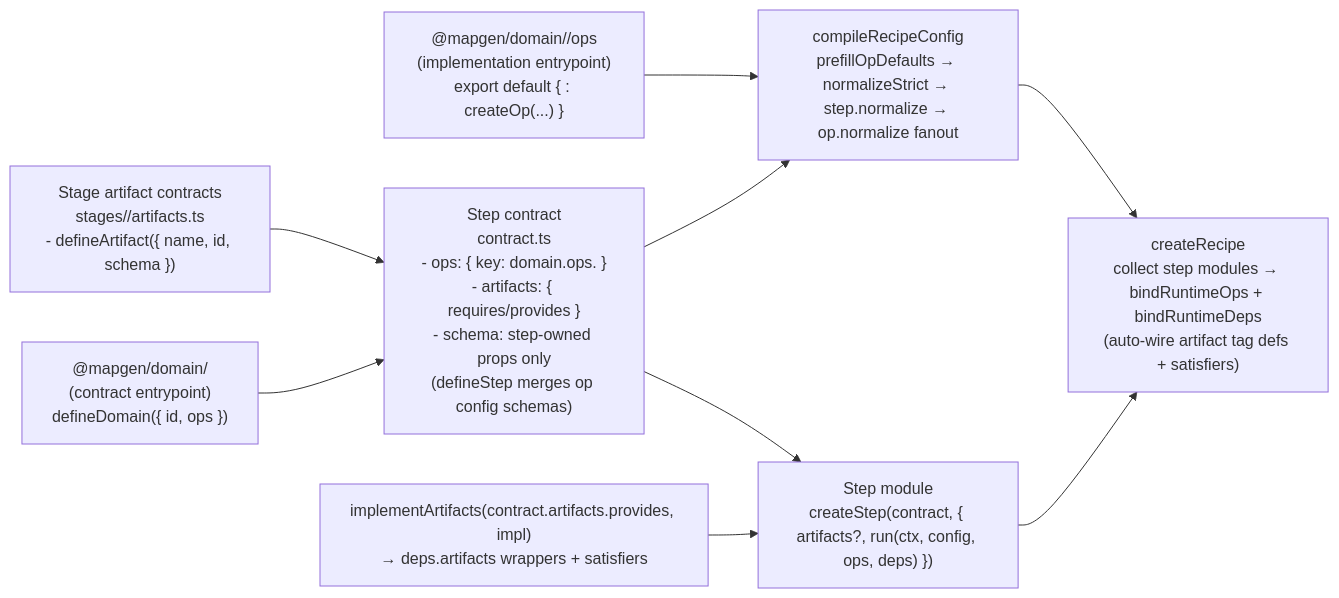
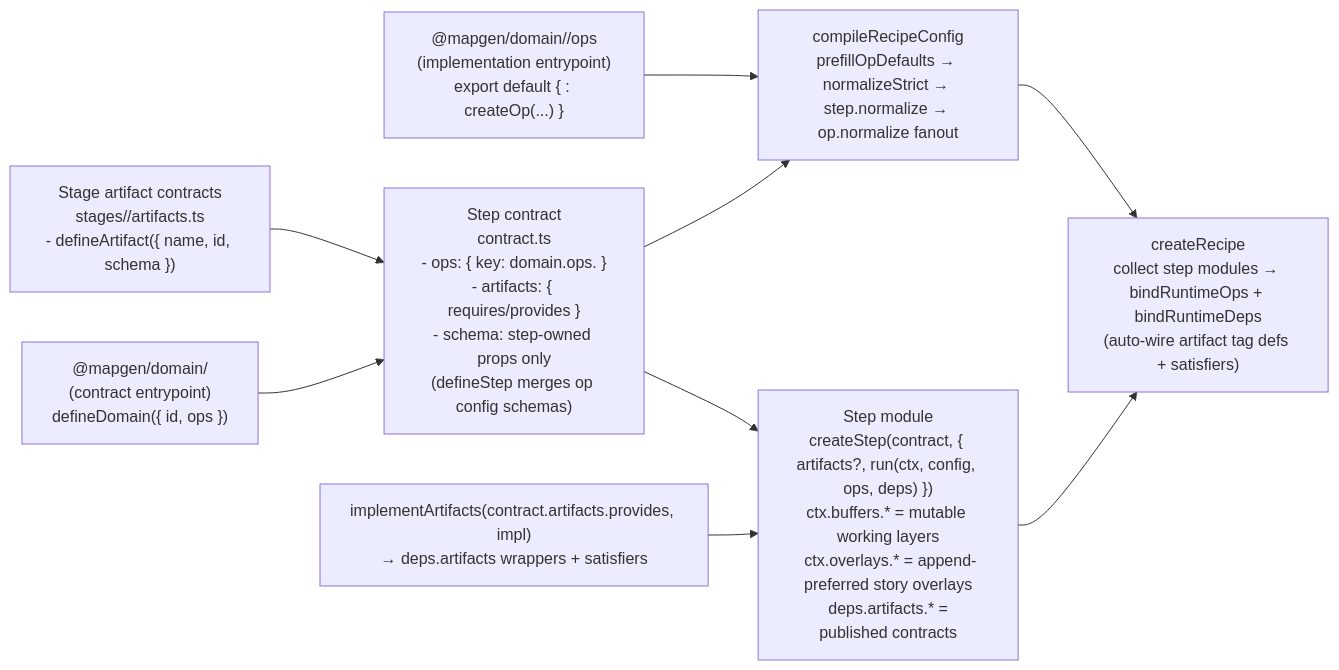
Before and after one commit to mateicanavra/civ7-modding-tools-fork: the diagram in docs/projects/engine-refactor-v1/resources/workflow/domain-refactor/WORKFLOW.md, drawn with Mermaid. The commit also changed other lines of this file and 8 other files, not shown here.

First line of the commit message:
docs(mapgen): define buffers vs artifacts (#541)

````diff
--- a/docs/projects/engine-refactor-v1/resources/workflow/domain-refactor/WORKFLOW.md
+++ b/docs/projects/engine-refactor-v1/resources/workflow/domain-refactor/WORKFLOW.md
@@ -426,20 +432,20 @@
 ```mermaid
 flowchart LR
   DomainContract["@mapgen/domain/<domain>\n(contract entrypoint)\ndefineDomain({ id, ops })"]
   StageArtifacts["Stage artifact contracts\nstages/<stage>/artifacts.ts\n- defineArtifact({ name, id, schema })"]
   StepContract["Step contract\ncontract.ts\n- ops: { key: domain.ops.<opContract> }\n- artifacts: { requires/provides }\n- schema: step-owned props only\n(defineStep merges op config schemas)"]
   DomainImpl["@mapgen/domain/<domain>/ops\n(implementation entrypoint)\nexport default { <opKey>: createOp(...) }"]
   Compiler["compileRecipeConfig\nprefillOpDefaults → normalizeStrict → step.normalize → op.normalize fanout"]
-  StepModule["Step module\ncreateStep(contract, { artifacts?, run(ctx, config, ops, deps) })"]
+  StepModule["Step module\ncreateStep(contract, { artifacts?, run(ctx, config, ops, deps) })\nctx.buffers.* = mutable working layers\n ctx.overlays.* = append-preferred story overlays\n deps.artifacts.* = published contracts"]
   ArtifactRuntime["implementArtifacts(contract.artifacts.provides, impl)\n→ deps.artifacts wrappers + satisfiers"]
   Recipe["createRecipe\ncollect step modules → bindRuntimeOps + bindRuntimeDeps\n(auto-wire artifact tag defs + satisfiers)"]
 
   StageArtifacts --> StepContract
   DomainContract --> StepContract
   DomainImpl --> Compiler
   StepContract --> StepModule
   StepContract --> Compiler
   Compiler --> Recipe
   ArtifactRuntime --> StepModule
   StepModule --> Recipe
 ```
````
